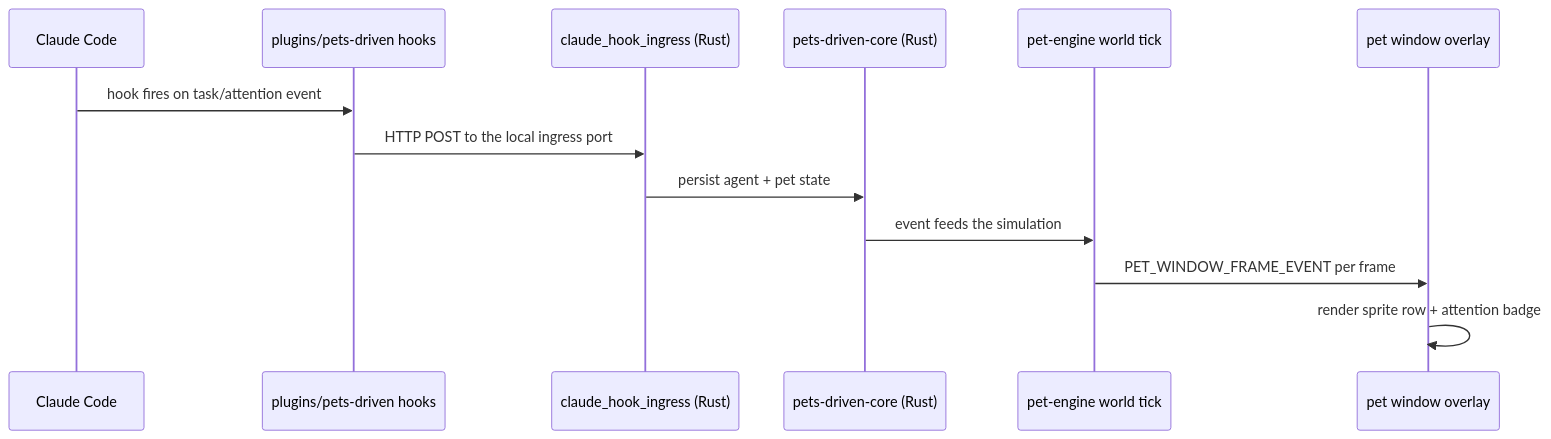
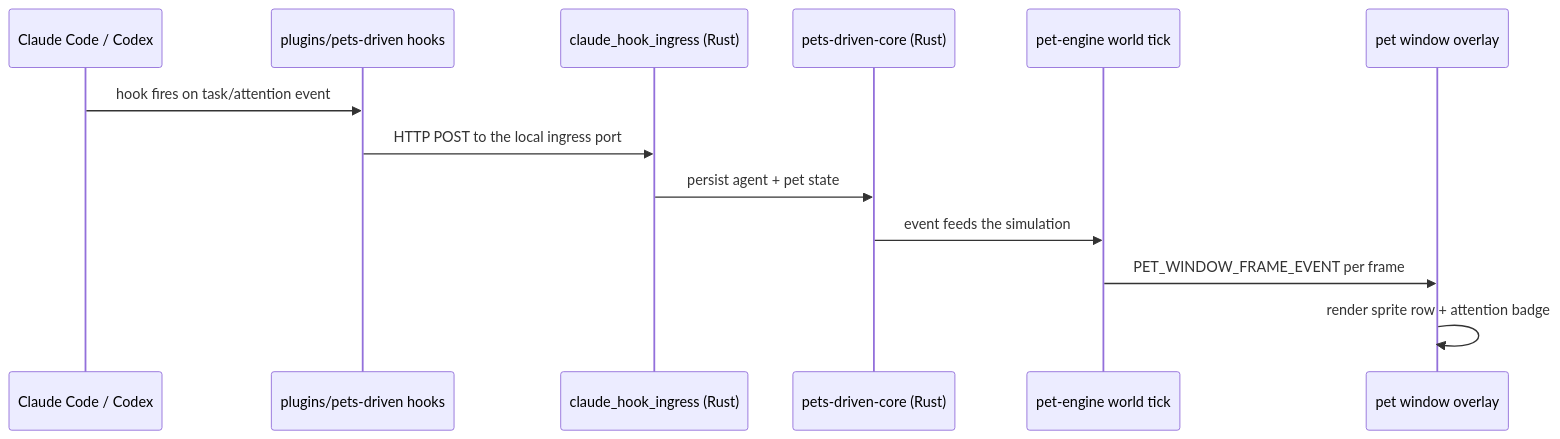
One commit to young1the/pets-driven changed the second of 2 diagrams in ARCHITECTURE.md. Above: the diagram before and after it, drawn with Mermaid. The commit also changed other lines of this file and 24 other files, not shown here.

Commit message:
Add Codex plugin hook integration

````diff
--- a/ARCHITECTURE.md
+++ b/ARCHITECTURE.md
@@ -39,16 +39,16 @@
 ```mermaid
 sequenceDiagram
-  participant CC as Claude Code
+  participant Agent as Claude Code / Codex
   participant Hook as plugins/pets-driven hooks
   participant Ingress as claude_hook_ingress (Rust)
   participant Store as pets-driven-core (Rust)
   participant Sim as pet-engine world tick
   participant Win as pet window overlay
 
-  CC->>Hook: hook fires on task/attention event
+  Agent->>Hook: hook fires on task/attention event
   Hook->>Ingress: HTTP POST to the local ingress port
   Ingress->>Store: persist agent + pet state
   Store->>Sim: event feeds the simulation
   Sim->>Win: PET_WINDOW_FRAME_EVENT per frame
   Win->>Win: render sprite row + attention badge
 ```
````
